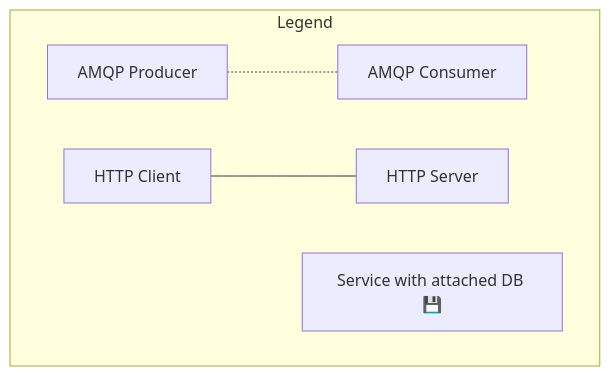
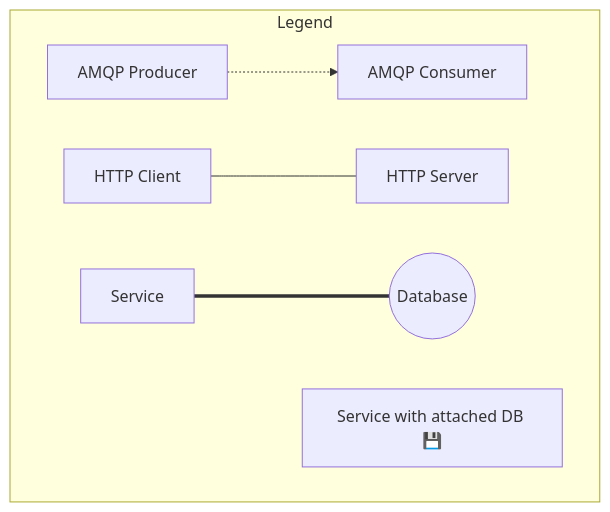
Before and after one commit to KieronKretschmar/MentorGG_Overview: the second of 2 diagrams in README.md, drawn with Mermaid. The commit also changed other lines of this file, not shown here.

````diff
--- a/README.md
+++ b/README.md
@@ -96,8 +104,9 @@
 ```mermaid
 graph TD;
     subgraph Legend
-        AMQPP["AMQP Producer"] -.- AMQPC["AMQP Consumer"];
+        AMQPP["AMQP Producer"] -.-> AMQPC["AMQP Consumer"];
         HTTPC["HTTP Client"] --- HTTPS["HTTP Server"];
+        S["Service"] === DB(("Database"));
         SWDB["Service with attached DB 💾"]
     end
 ```
````
